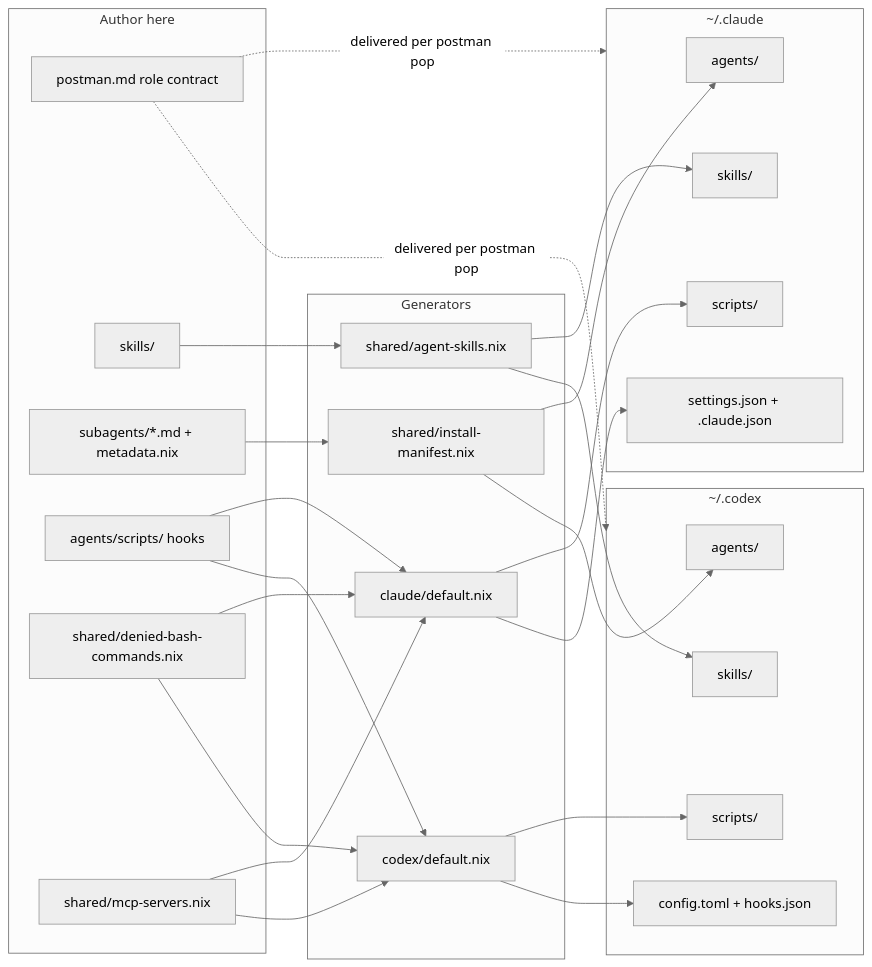
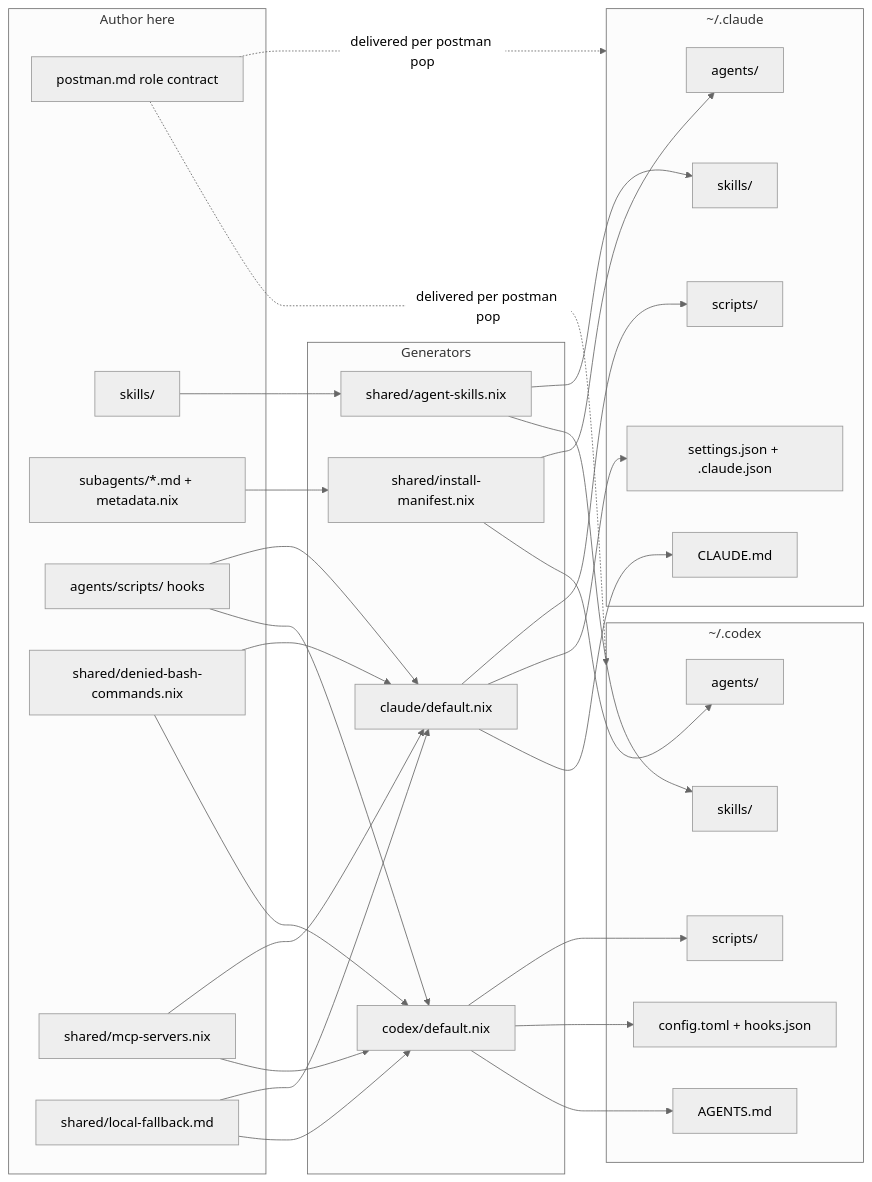
The diagram in nix/home-manager/agents/README.md (i9wa4/dotfiles), drawn with Mermaid (neutral theme) before and after one commit. The commit also changed other lines of this file and 8 other files, not shown here.

First line of the commit message:
feat(agents): restore CLAUDE.md/AGENTS.md as a local-invocation fallback (#279)

````diff
--- a/nix/home-manager/agents/README.md
+++ b/nix/home-manager/agents/README.md
@@ -35,41 +36,46 @@
 ```mermaid
 graph LR
     subgraph sources [Author here]
         P[postman.md role contract]
         S[skills/]
         A[subagents/*.md + metadata.nix]
         H[agents/scripts/ hooks]
         D[shared/denied-bash-commands.nix]
         M[shared/mcp-servers.nix]
+        L[shared/local-fallback.md]
     end
     subgraph emitters [Generators]
         IM[shared/install-manifest.nix]
         AS[shared/agent-skills.nix]
         C[claude/default.nix]
         X[codex/default.nix]
     end
     subgraph claude [~/.claude]
         CA[agents/]
         CS[skills/]
         CJ[settings.json + .claude.json]
         CH[scripts/]
+        CF[CLAUDE.md]
     end
     subgraph codex [~/.codex]
         XA[agents/]
         XS[skills/]
         XT[config.toml + hooks.json]
         XH[scripts/]
+        XF[AGENTS.md]
     end
     A --> IM --> CA
     IM --> XA
     S --> AS --> CS
     AS --> XS
     H --> C --> CH
     H --> X --> XH
     D --> C --> CJ
     D --> X --> XT
     M --> C
     M --> X
+    L --> C --> CF
+    L --> X --> XF
     P -. delivered per postman pop .-> claude
     P -. delivered per postman pop .-> codex
 ```
````
